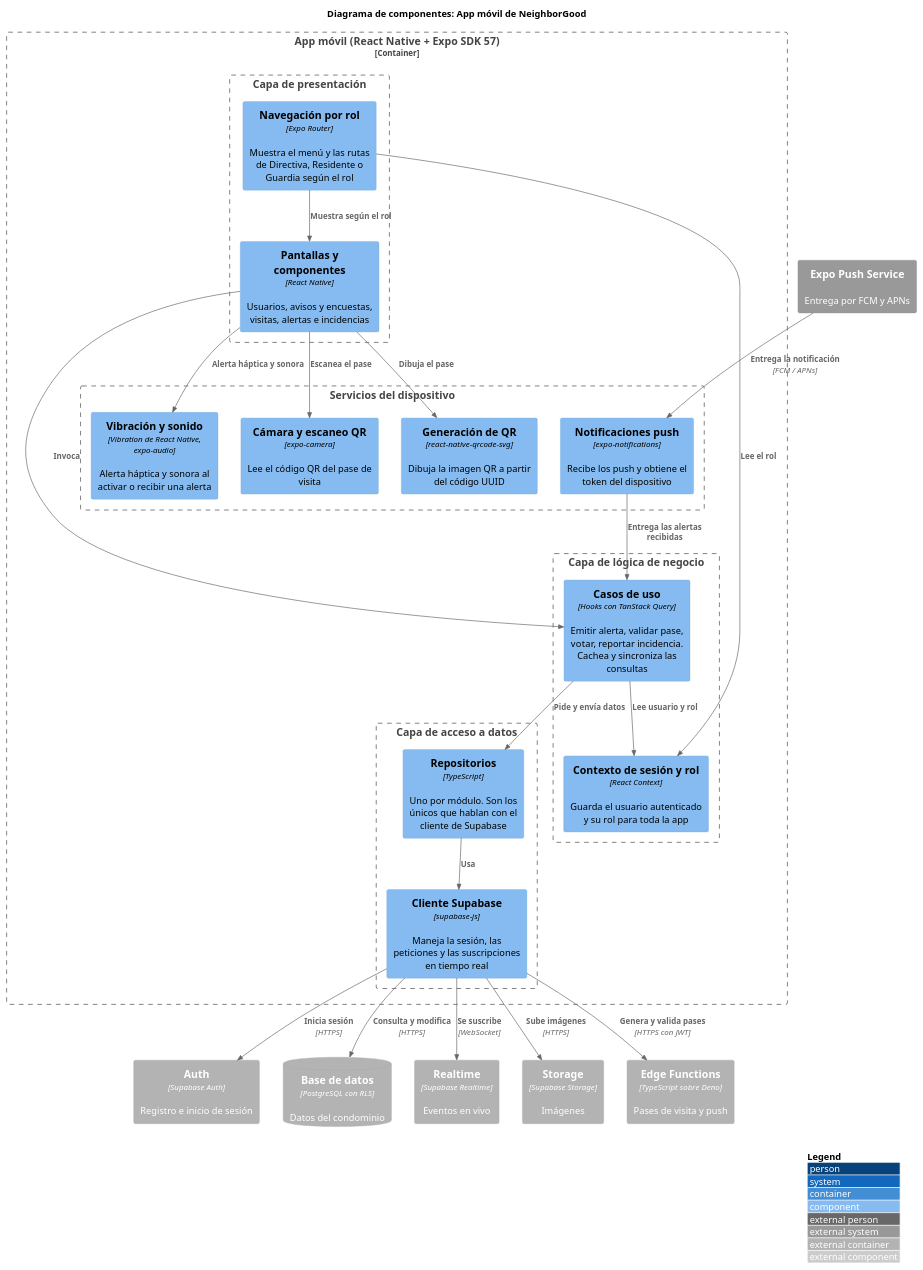
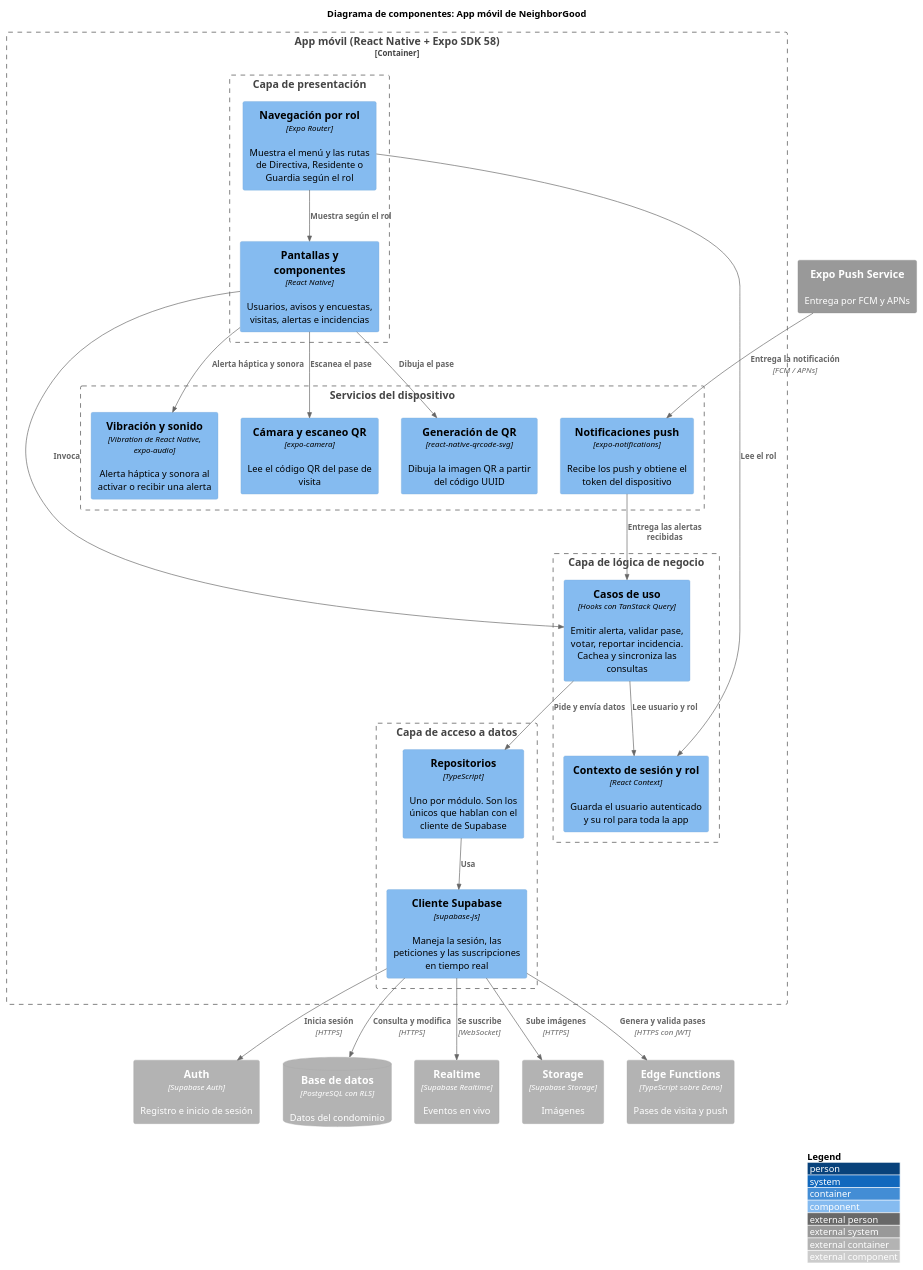
The diagram in docs/Arquitectura/DiagramaDeComponetes_C4Model.puml (liusamfung/neighborgood-project), drawn with PlantUML before and after one commit. The commit also changed 3 other files, not shown here.

Commit message:
Corrige las menciones al SDK 57 en DISENO.md y en los tres diagramas C4

```diff
--- a/docs/Arquitectura/DiagramaDeComponetes_C4Model.puml
+++ b/docs/Arquitectura/DiagramaDeComponetes_C4Model.puml
@@ -1,61 +1,61 @@
 @startuml C4_3_Componentes
 !include <C4/C4_Component>
 
 title Diagrama de componentes: App móvil de NeighborGood
 
 LAYOUT_WITH_LEGEND()
 
-Container_Boundary(app, "App móvil (React Native + Expo SDK 57)") {
+Container_Boundary(app, "App móvil (React Native + Expo SDK 58)") {
 
     Boundary(pres, "Capa de presentación") {
         Component(nav, "Navegación por rol", "Expo Router", "Muestra el menú y las rutas de Directiva, Residente o Guardia según el rol")
         Component(screens, "Pantallas y componentes", "React Native", "Usuarios, avisos y encuestas, visitas, alertas e incidencias")
     }
 
     Boundary(logica, "Capa de lógica de negocio") {
         Component(sesion, "Contexto de sesión y rol", "React Context", "Guarda el usuario autenticado y su rol para toda la app")
         Component(casos, "Casos de uso", "Hooks con TanStack Query", "Emitir alerta, validar pase, votar, reportar incidencia. Cachea y sincroniza las consultas")
     }
 
     Boundary(datos, "Capa de acceso a datos") {
         Component(repos, "Repositorios", "TypeScript", "Uno por módulo. Son los únicos que hablan con el cliente de Supabase")
         Component(cliente, "Cliente Supabase", "supabase-js", "Maneja la sesión, las peticiones y las suscripciones en tiempo real")
     }
 
     Boundary(disp, "Servicios del dispositivo") {
         Component(camara, "Cámara y escaneo QR", "expo-camera", "Lee el código QR del pase de visita")
         Component(qr, "Generación de QR", "react-native-qrcode-svg", "Dibuja la imagen QR a partir del código UUID")
         Component(vib, "Vibración y sonido", "Vibration de React Native, expo-audio", "Alerta háptica y sonora al activar o recibir una alerta")
         Component(notif, "Notificaciones push", "expo-notifications", "Recibe los push y obtiene el token del dispositivo")
     }
 }
 
 Container_Ext(auth, "Auth", "Supabase Auth", "Registro e inicio de sesión")
 ContainerDb_Ext(db, "Base de datos", "PostgreSQL con RLS", "Datos del condominio")
 Container_Ext(rt, "Realtime", "Supabase Realtime", "Eventos en vivo")
 Container_Ext(storage, "Storage", "Supabase Storage", "Imágenes")
 Container_Ext(edge, "Edge Functions", "TypeScript sobre Deno", "Pases de visita y push")
 System_Ext(expo, "Expo Push Service", "Entrega por FCM y APNs")
 
 Rel(nav, sesion, "Lee el rol")
 Rel(nav, screens, "Muestra según el rol")
 
 Rel_D(screens, casos, "Invoca")
 Rel(screens, camara, "Escanea el pase")
 Rel(screens, qr, "Dibuja el pase")
 Rel(screens, vib, "Alerta háptica y sonora")
 
 Rel(casos, sesion, "Lee usuario y rol")
 Rel_D(casos, repos, "Pide y envía datos")
 
 Rel_D(repos, cliente, "Usa")
 
 Rel(cliente, auth, "Inicia sesión", "HTTPS")
 Rel(cliente, db, "Consulta y modifica", "HTTPS")
 Rel(cliente, storage, "Sube imágenes", "HTTPS")
 Rel(cliente, rt, "Se suscribe", "WebSocket")
 Rel(cliente, edge, "Genera y valida pases", "HTTPS con JWT")
 
 Rel(expo, notif, "Entrega la notificación", "FCM / APNs")
 Rel(notif, casos, "Entrega las alertas recibidas")
 @enduml
```
